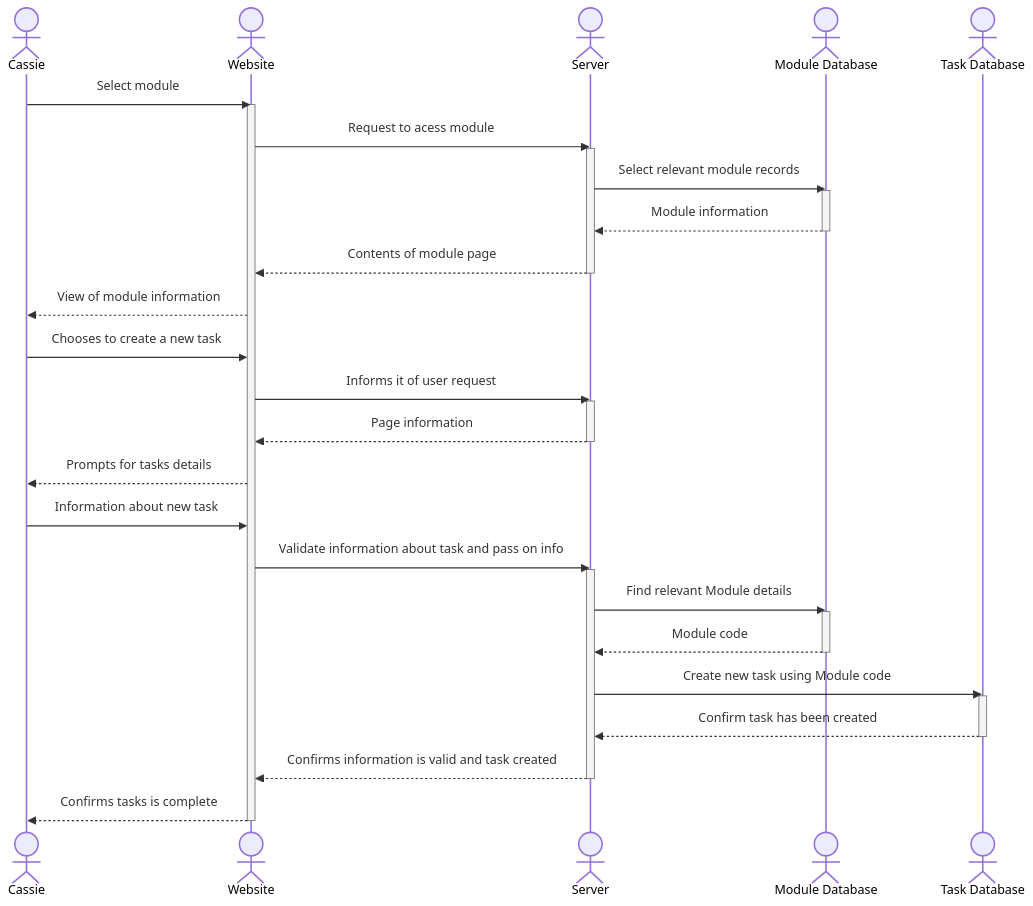
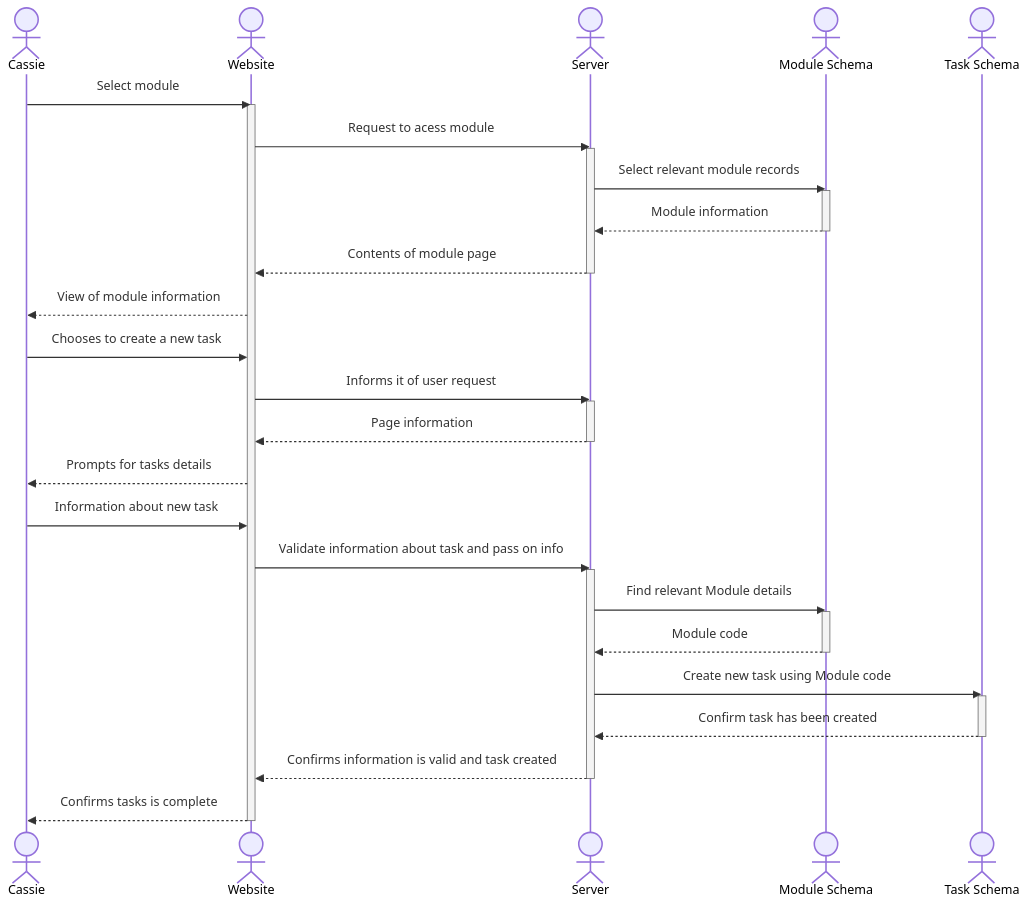
One commit to Harriet-Crimson/crispy-system changed the second of 3 diagrams in Documentation/sequence-diagrams.markdown. Above: the diagram before and after it, drawn with Mermaid. The commit also changed other lines of this file, not shown here.

Commit message:
Database is now Schema

````diff
--- a/Documentation/sequence-diagrams.markdown
+++ b/Documentation/sequence-diagrams.markdown
@@ -50,40 +50,40 @@
 ```mermaid
 sequenceDiagram
   actor Cassie
   actor Website
   actor Server
-  actor Module Database
-  actor Task Database
+  actor Module Schema
+  actor Task Schema
   Cassie->>Website: Select module
   activate Website
   Website->>Server: Request to acess module
   activate Server
-  Server->>Module Database: Select relevant module records
-  activate Module Database
-  Module Database-->>Server: Module information
-  deactivate Module Database
+  Server->>Module Schema: Select relevant module records
+  activate Module Schema
+  Module Schema-->>Server: Module information
+  deactivate Module Schema
   Server-->>Website: Contents of module page
   deactivate Server
   Website-->>Cassie: View of module information
   Cassie->>Website: Chooses to create a new task
   Website->>Server: Informs it of user request
   activate Server
   Server-->>Website: Page information
   deactivate Server
   Website-->>Cassie: Prompts for tasks details
   Cassie->>Website: Information about new task
   Website->>Server: Validate information about task and pass on info
   activate Server
-  Server->>Module Database: Find relevant Module details
-  activate Module Database
-  Module Database-->>Server: Module code
-  deactivate Module Database
-  Server->>Task Database: Create new task using Module code
-  activate Task Database
-  Task Database-->> Server: Confirm task has been created
-  deactivate Task Database
+  Server->>Module Schema: Find relevant Module details
+  activate Module Schema
+  Module Schema-->>Server: Module code
+  deactivate Module Schema
+  Server->>Task Schema: Create new task using Module code
+  activate Task Schema
+  Task Schema-->> Server: Confirm task has been created
+  deactivate Task Schema
   Server-->>Website: Confirms information is valid and task created
   deactivate Server
   Website-->>Cassie: Confirms tasks is complete
   deactivate Website
 ```
````
